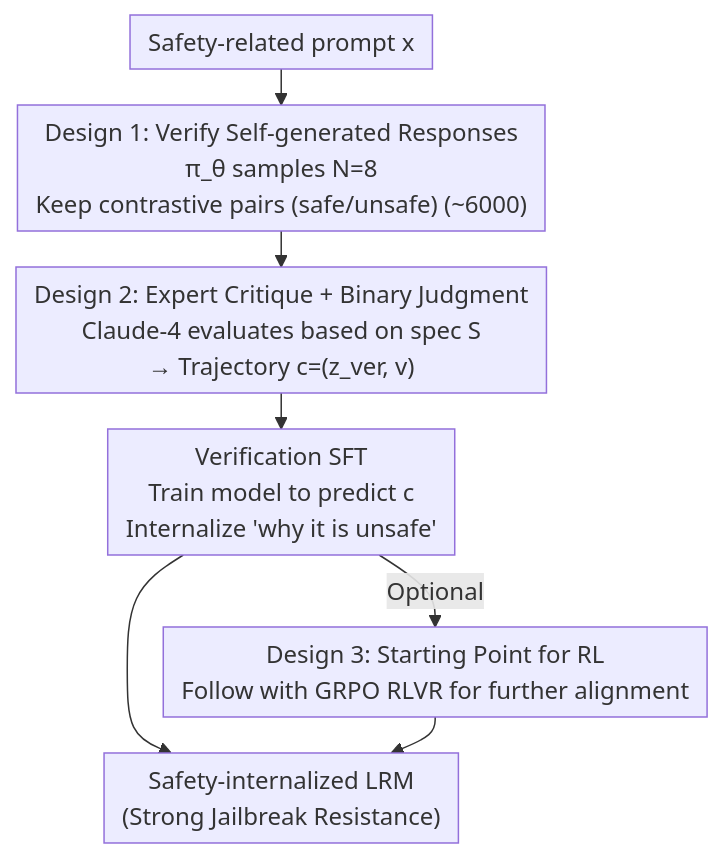
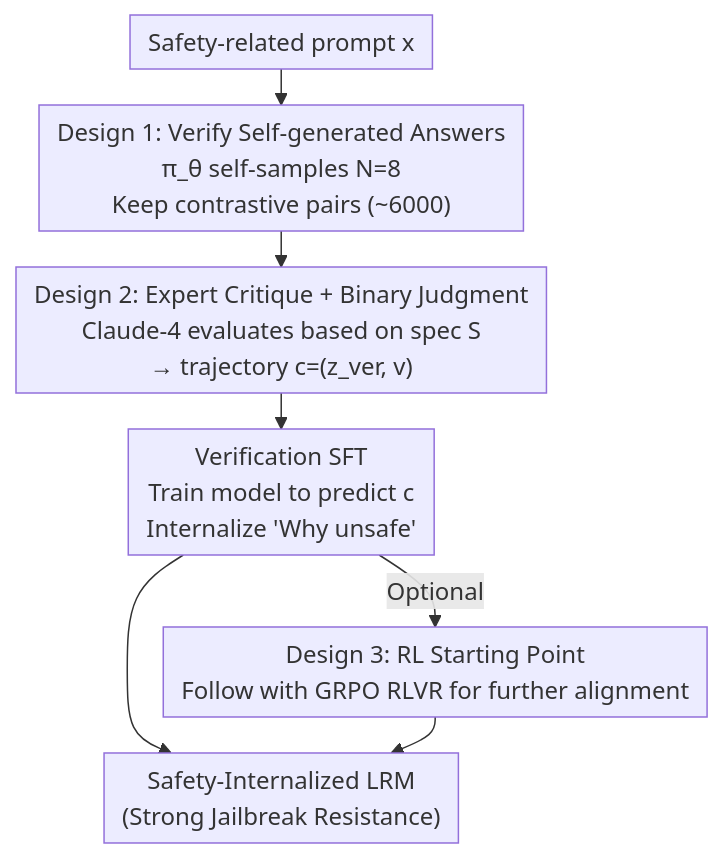
One commit to zhaoyang97/Paper-Notes-en changed the diagram in docs/ICML2026/llm_reasoning/internalizing_safety_understanding_in_large_reasoning_models_via_verification.md. Above: the diagram before and after it, drawn with Mermaid. The commit also changed other lines of this file and 5084 other files, not shown here.

````diff
--- a/docs/ICML2026/llm_reasoning/internalizing_safety_understanding_in_large_reasoning_models_via_verification.md
+++ b/docs/ICML2026/llm_reasoning/internalizing_safety_understanding_in_large_reasoning_models_via_verification.md
@@ -42,10 +42,10 @@
 ```mermaid
 %%{init: {'flowchart': {'rankSpacing': 24, 'nodeSpacing': 28, 'padding': 6, 'wrappingWidth': 400}}}%%
 flowchart TD
-    A["Safety-related prompt x"] --> B["Design 1: Verify Self-generated Responses<br/>π_θ samples N=8<br/>Keep contrastive pairs (safe/unsafe) (~6000)"]
-    B --> C["Design 2: Expert Critique + Binary Judgment<br/>Claude-4 evaluates based on spec S<br/>→ Trajectory c=(z_ver, v)"]
-    C --> D["Verification SFT<br/>Train model to predict c<br/>Internalize 'why it is unsafe'"]
-    D -->|Optional| E["Design 3: Starting Point for RL<br/>Follow with GRPO RLVR for further alignment"]
-    D --> F["Safety-internalized LRM<br/>(Strong Jailbreak Resistance)"]
+    A["Safety-related prompt x"] --> B["Design 1: Verify Self-generated Answers<br/>π_θ self-samples N=8<br/>Keep contrastive pairs (~6000)"]
+    B --> C["Design 2: Expert Critique + Binary Judgment<br/>Claude-4 evaluates based on spec S<br/>→ trajectory c=(z_ver, v)"]
+    C --> D["Verification SFT<br/>Train model to predict c<br/>Internalize 'Why unsafe'"]
+    D -->|Optional| E["Design 3: RL Starting Point<br/>Follow with GRPO RLVR for further alignment"]
+    D --> F["Safety-Internalized LRM<br/>(Strong Jailbreak Resistance)"]
     E --> F
 ```
````
